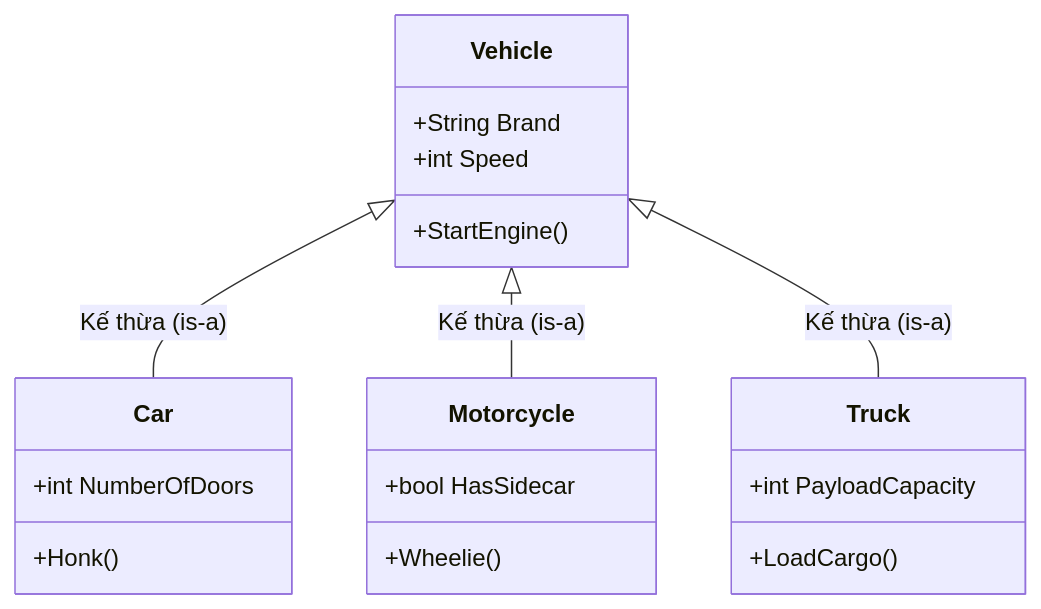
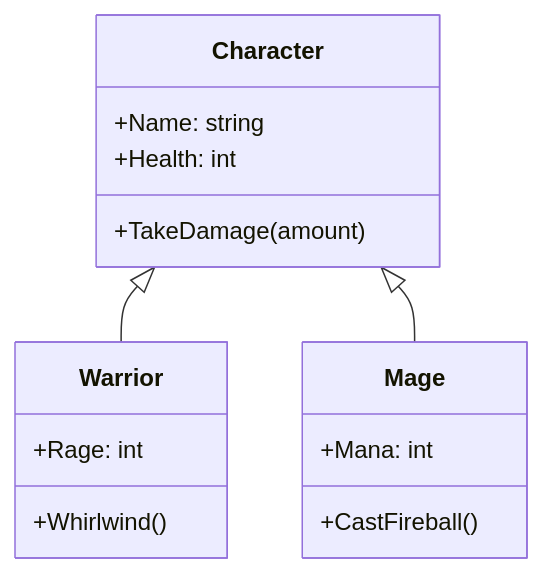
One commit to maitieubao/VisualizationDSA changed the diagram in frontend/src/features/docs/content/oop/inheritance.md. Above: the diagram before and after it, drawn with Mermaid. The commit also changed other lines of this file and 823 other files, not shown here.

First line of the commit message:
feat: Sprint 3 hoàn tất - Classroom, Codelabs, Theory Articles, Graph search viz + redesign QuickSort/MergeSort visualizers

````diff
--- a/frontend/src/features/docs/content/oop/inheritance.md
+++ b/frontend/src/features/docs/content/oop/inheritance.md
@@ -21,23 +34,19 @@
 ```mermaid
 classDiagram
-    class Vehicle {
-        +String Brand
-        +int Speed
-        +StartEngine()
+    class Character {
+        +Name: string
+        +Health: int
+        +TakeDamage(amount)
     }
-    class Car {
-        +int NumberOfDoors
-        +Honk()
+    class Warrior {
+        +Rage: int
+        +Whirlwind()
     }
-    class Motorcycle {
-        +bool HasSidecar
-        +Wheelie()
+    class Mage {
+        +Mana: int
+        +CastFireball()
     }
-    class Truck {
-        +int PayloadCapacity
-        +LoadCargo()
-    }
-    Vehicle <|-- Car : Kế thừa (is-a)
-    Vehicle <|-- Motorcycle : Kế thừa (is-a)
-    Vehicle <|-- Truck : Kế thừa (is-a)
+    
+    Character <|-- Warrior
+    Character <|-- Mage
 ```
````
